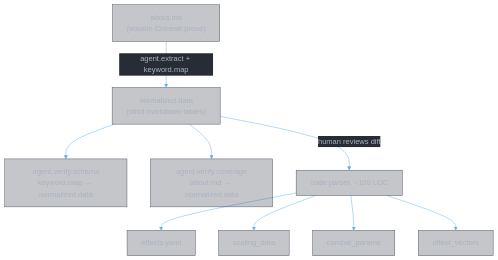
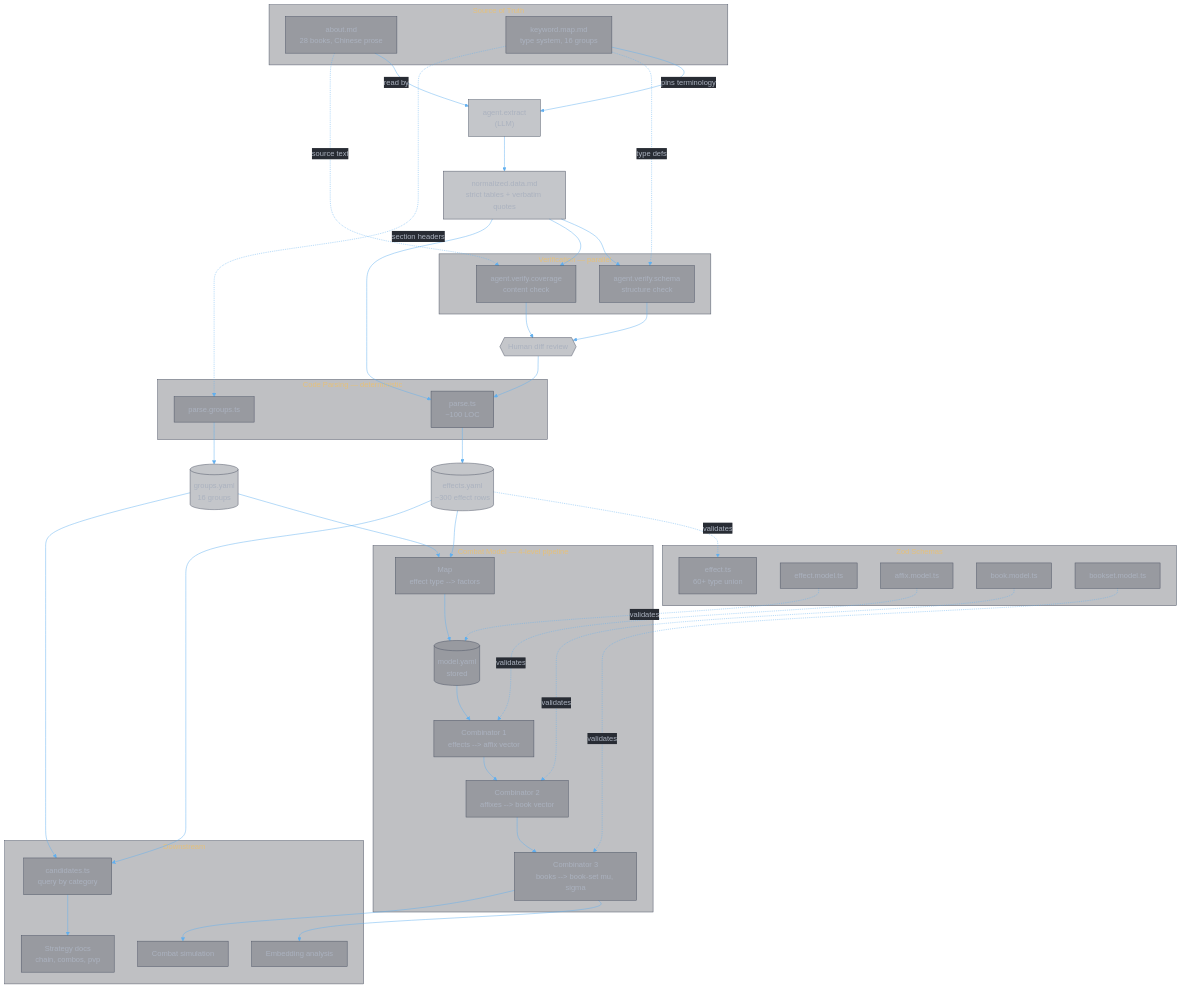
One commit to zhifengzhang-sz/divine-book changed the diagram in docs/data/design.md. Above: the diagram before and after it, drawn with Mermaid. The commit also changed other lines of this file and 37 other files, not shown here.

First line of the commit message:
Update docs: domain model, combat model, README, and raw source data

````diff
--- a/docs/data/design.md
+++ b/docs/data/design.md
@@ -105,13 +124,77 @@
 ```mermaid
 %%{init: {'theme': 'base', 'themeVariables': {'primaryColor': '#3e44514D', 'primaryTextColor': '#abb2bf', 'primaryBorderColor': '#4b5263', 'lineColor': '#61afef', 'secondaryColor': '#2c313a4D', 'secondaryTextColor': '#abb2bf', 'secondaryBorderColor': '#4b5263', 'tertiaryColor': '#282c344D', 'mainBkg': '#3e44514D', 'nodeBorder': '#4b5263', 'clusterBkg': '#2c313a4D', 'clusterBorder': '#4b5263', 'titleColor': '#e5c07b', 'edgeLabelBackground': '#282c34', 'textColor': '#abb2bf', 'background': '#282c34'}}}%%
 flowchart TD
-    A["about.md\n(volatile Chinese prose)"]
-    A -->|"agent.extract + keyword.map"| B["normalized.data\n(strict markdown tables)"]
-    B --> V1["agent.verify.schema\nkeyword.map ↔ normalized.data"]
-    B --> V2["agent.verify.coverage\nabout.md ↔ normalized.data"]
-    B -->|"human reviews diff"| C["code parser, ~100 LOC"]
-    C --> D["effects.yaml"]
-    C --> E["scaling_data"]
-    C --> F["combat_params"]
-    C --> G["effect_vectors"]
+    subgraph SRC ["Source of Truth"]
+        AB["about.md\n28 books, Chinese prose"]
+        KM["keyword.map.md\ntype system, 16 groups"]
+    end
+
+    AB -->|"read by"| EXT["agent.extract\n(LLM)"]
+    KM -->|"pins terminology"| EXT
+    EXT --> ND["normalized.data.md\nstrict tables + verbatim quotes"]
+
+    subgraph VER ["Verification — parallel"]
+        VS["agent.verify.schema\nstructure check"]
+        VC["agent.verify.coverage\ncontent check"]
+    end
+
+    ND --> VS
+    ND --> VC
+    KM -.->|"type defs"| VS
+    AB -.->|"source text"| VC
+
+    VS --> GATE{{"Human diff review"}}
+    VC --> GATE
+
+    subgraph PARSE ["Code Parsing — deterministic"]
+        PT["parse.ts\n~100 LOC"]
+        PG["parse.groups.ts"]
+    end
+
+    GATE --> PT
+    ND --> PT
+    KM -.->|"section headers"| PG
+
+    PT --> EY[("effects.yaml\n~300 effect rows")]
+    PG --> GY[("groups.yaml\n16 groups")]
+
+    subgraph ZOD ["Zod Schemas"]
+        ES["effect.ts\n60+ type union"]
+        EM["effect.model.ts"]
+        AFM["affix.model.ts"]
+        BMZ["book.model.ts"]
+        BSZ["bookset.model.ts"]
+    end
+
+    EY -.->|"validates"| ES
+
+    subgraph COMBAT ["Combat Model — 4-level pipeline"]
+        MAP["Map\neffect type --> factors"]
+        MY[("model.yaml\nstored")]
+        C1["Combinator 1\neffects --> affix vector"]
+        C2["Combinator 2\naffixes --> book vector"]
+        C3["Combinator 3\nbooks --> book-set mu, sigma"]
+    end
+
+    EY --> MAP
+    GY --> MAP
+    MAP --> MY --> C1 --> C2 --> C3
+
+    EM -.->|"validates"| MY
+    AFM -.->|"validates"| C1
+    BMZ -.->|"validates"| C2
+    BSZ -.->|"validates"| C3
+
+    subgraph DOWN ["Downstream"]
+        CAN["candidates.ts\nquery by category"]
+        EMB["Embedding analysis"]
+        SIM["Combat simulation"]
+        STR["Strategy docs\nchain, combos, pvp"]
+    end
+
+    EY --> CAN
+    GY --> CAN
+    C3 --> EMB
+    C3 --> SIM
+    CAN --> STR
 ```
````
